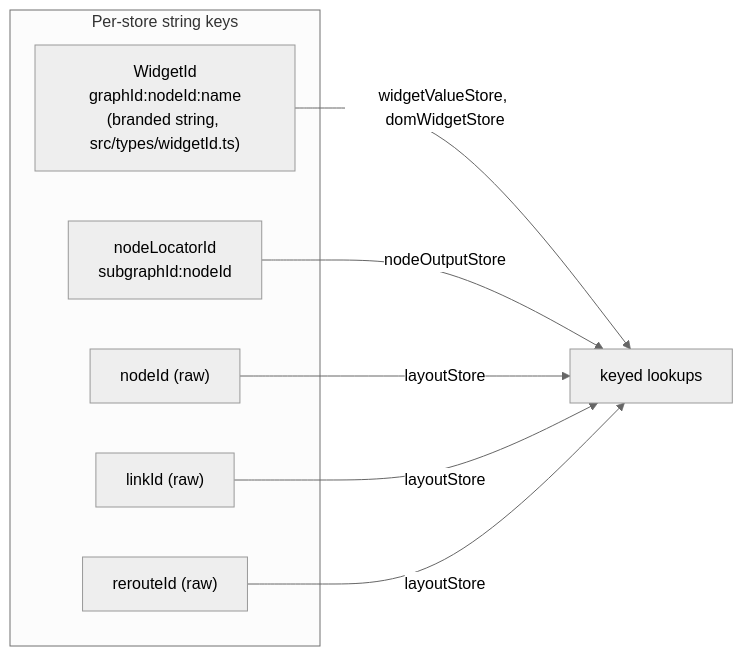
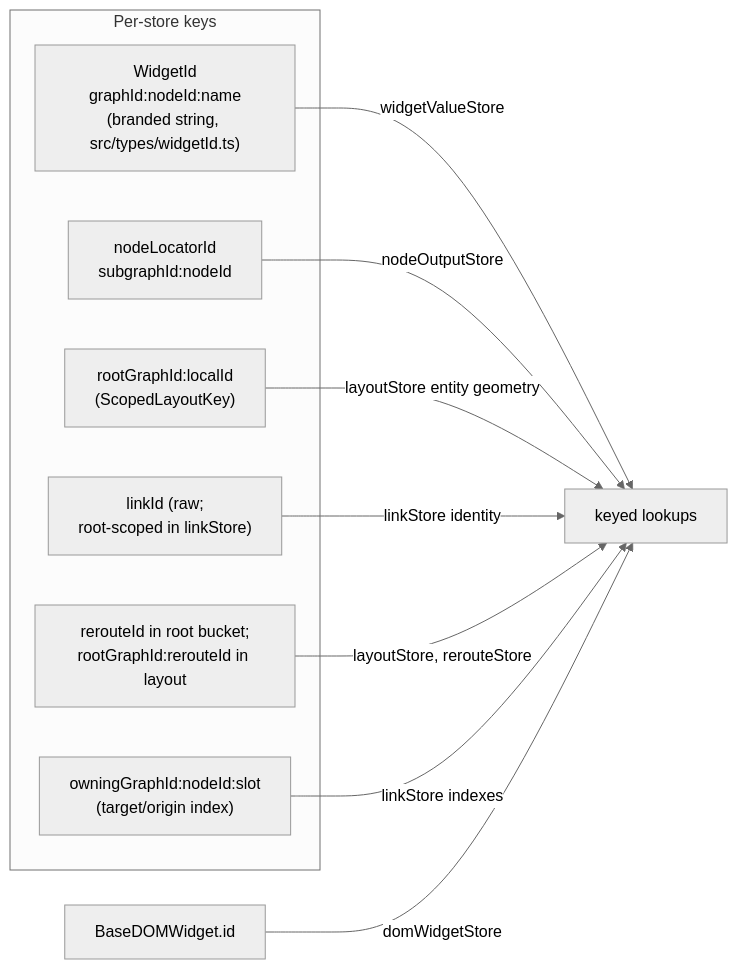
One commit to Comfy-Org/ComfyUI_frontend changed the second of 12 diagrams in docs/architecture/ecs-target-architecture.md. Above: the diagram before and after it, drawn with Mermaid (neutral theme). The commit also changed other lines of this file and 424 other files, not shown here.

````diff
--- a/docs/architecture/ecs-target-architecture.md
+++ b/docs/architecture/ecs-target-architecture.md
@@ -55,19 +64,26 @@
 ```mermaid
 graph LR
-    subgraph "Per-store string keys"
+    subgraph "Per-store keys"
         WID["WidgetId
 graphId:nodeId:name
 (branded string, src/types/widgetId.ts)"]
         NLID["nodeLocatorId
 subgraphId:nodeId"]
-        NID["nodeId (raw)"]
-        LID["linkId (raw)"]
-        RID["rerouteId (raw)"]
+        NID["rootGraphId:localId
+(ScopedLayoutKey)"]
+        LID["linkId (raw;
+root-scoped in linkStore)"]
+        RID["rerouteId in root bucket;
+rootGraphId:rerouteId in layout"]
+        EPI["owningGraphId:nodeId:slot
+(target/origin index)"]
     end
 
-    WID -->|widgetValueStore, domWidgetStore| W["keyed lookups"]
+    WID -->|widgetValueStore| W["keyed lookups"]
+    DWID["BaseDOMWidget.id"] -->|domWidgetStore| W
     NLID -->|nodeOutputStore| W
-    NID -->|layoutStore| W
-    LID -->|layoutStore| W
-    RID -->|layoutStore| W
+    NID -->|layoutStore entity geometry| W
+    LID -->|linkStore identity| W
+    RID -->|layoutStore, rerouteStore| W
+    EPI -->|linkStore indexes| W
 ```
````
